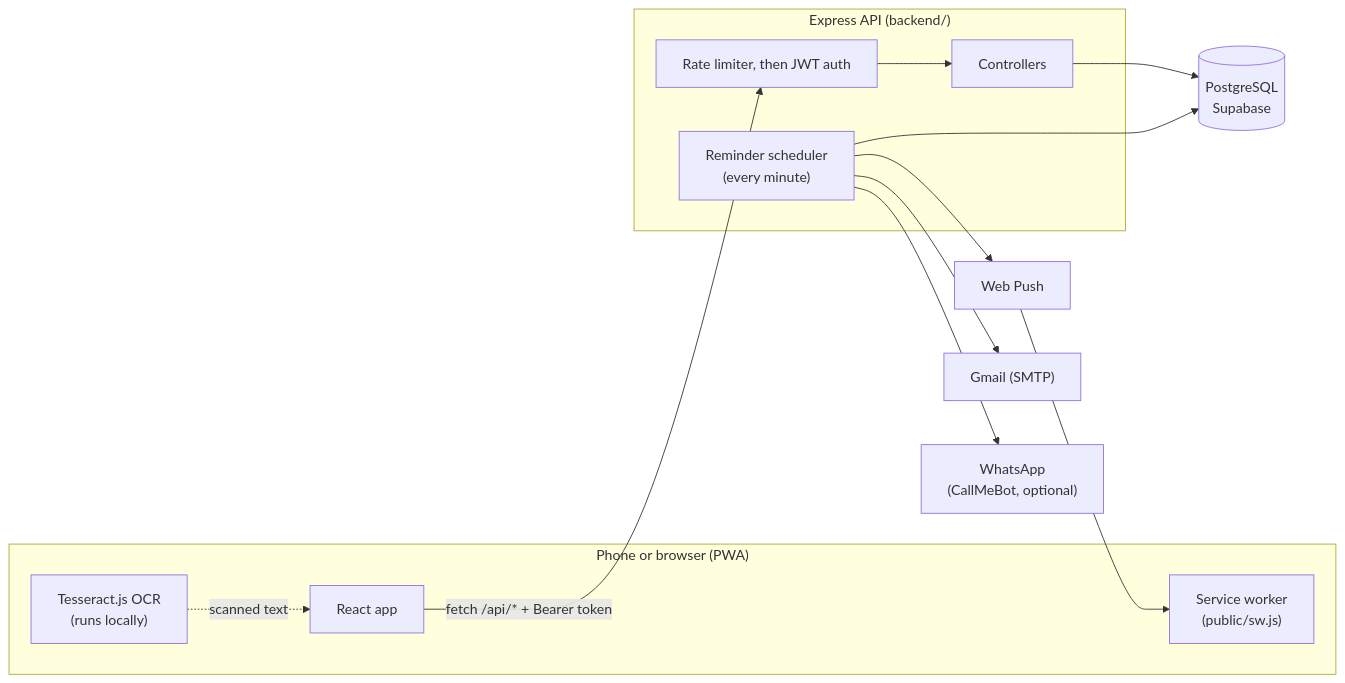
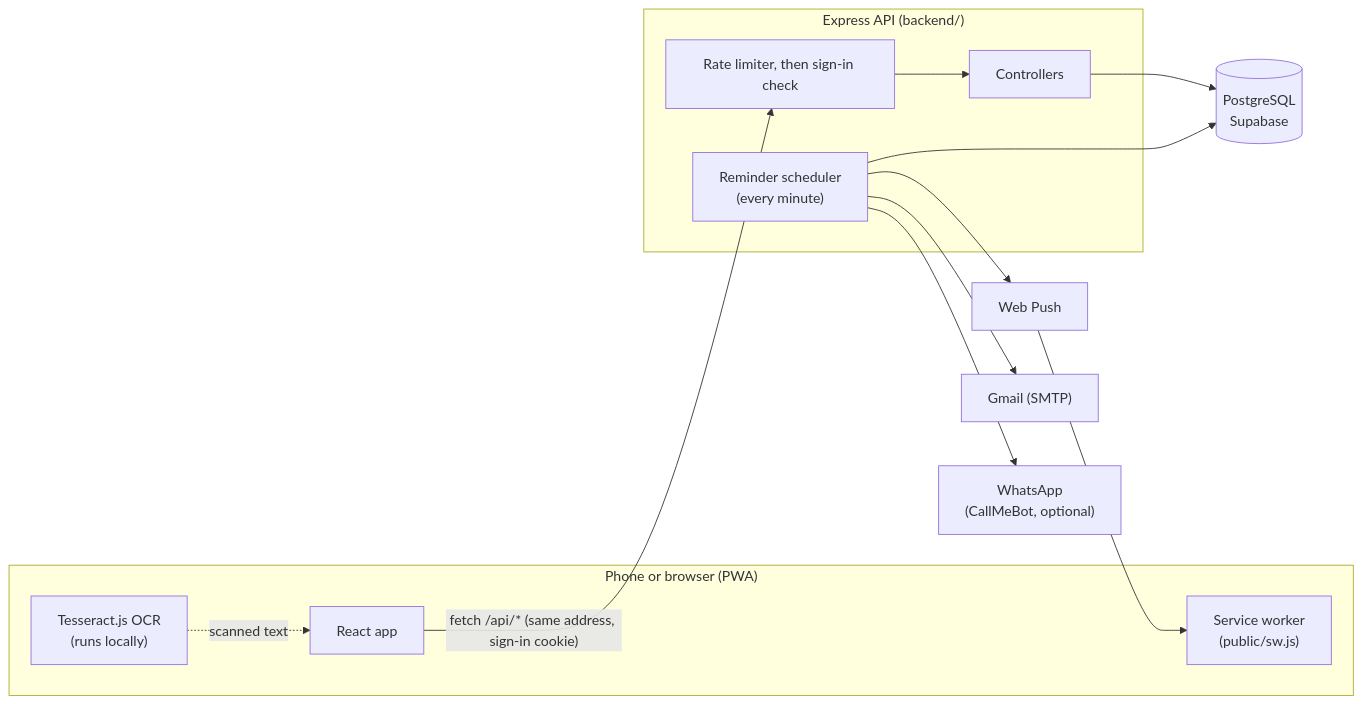
The diagram in README.md (AHMADMALIK1376/FocusFlow), drawn with Mermaid before and after one commit. The commit also changed other lines of this file and 39 other files, not shown here.

First line of the commit message:
feat: secure sign-in cookie, cookie notice and privacy page, preferences on the account

````diff
--- a/README.md
+++ b/README.md
@@ -116,26 +116,26 @@
 ```mermaid
 flowchart LR
     subgraph Phone["Phone or browser (PWA)"]
         UI["React app"]
         SW["Service worker<br/>(public/sw.js)"]
         OCR["Tesseract.js OCR<br/>(runs locally)"]
     end
 
     subgraph API["Express API (backend/)"]
-        MW["Rate limiter, then JWT auth"]
+        MW["Rate limiter, then sign-in check"]
         CTRL["Controllers"]
         SCHED["Reminder scheduler<br/>(every minute)"]
     end
 
     DB[("PostgreSQL<br/>Supabase")]
     PUSH["Web Push"]
     MAIL["Gmail (SMTP)"]
     WA["WhatsApp<br/>(CallMeBot, optional)"]
 
-    UI -- "fetch /api/* + Bearer token" --> MW --> CTRL --> DB
+    UI -- "fetch /api/* (same address, sign-in cookie)" --> MW --> CTRL --> DB
     OCR -. "scanned text" .-> UI
     SCHED --> DB
     SCHED --> PUSH --> SW
     SCHED --> MAIL
     SCHED --> WA
 ```
````
